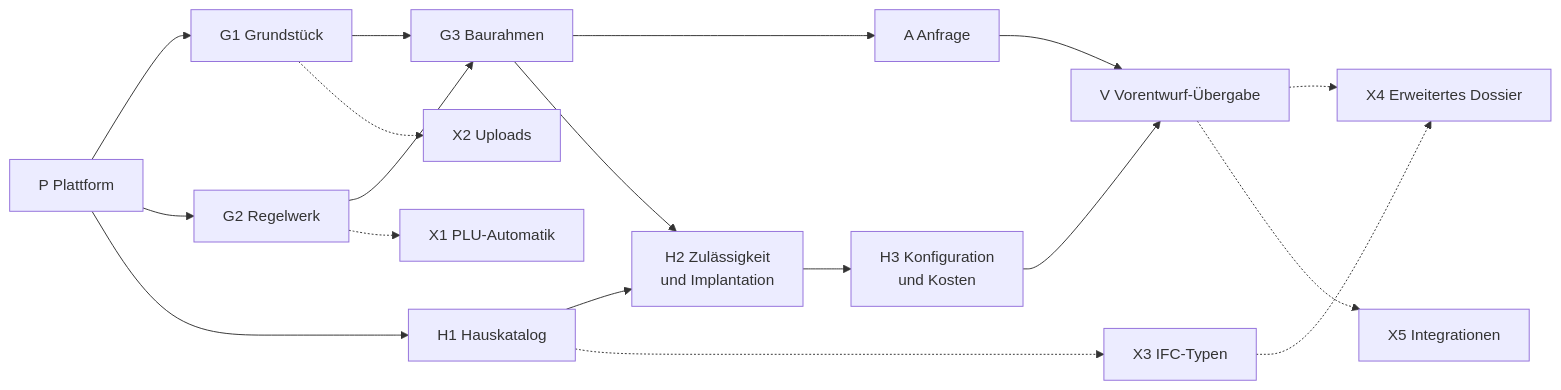
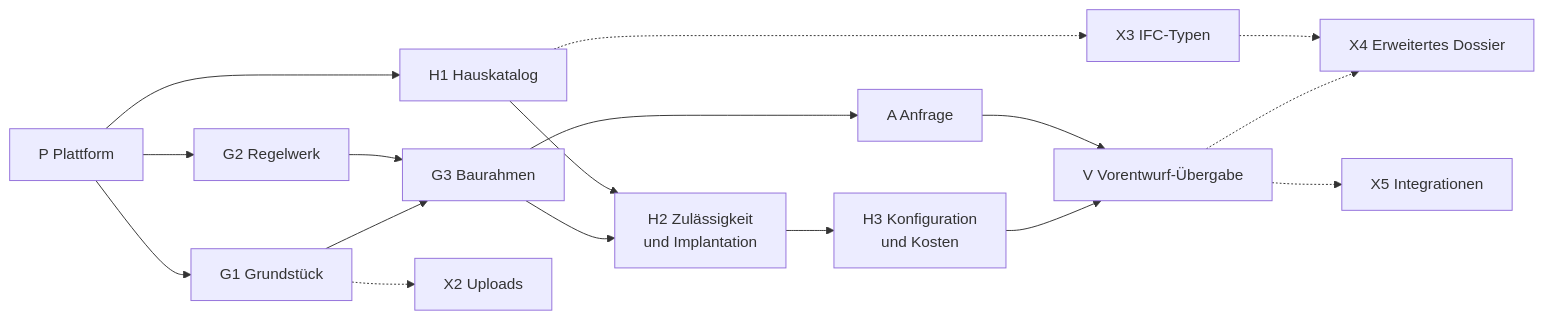
The first of 3 diagrams in UMSETZUNGSPLAN.md (DieDaddelecke/building-configurator), drawn with Mermaid before and after one commit. The commit also changed other lines of this file, not shown here.

````diff
--- a/UMSETZUNGSPLAN.md
+++ b/UMSETZUNGSPLAN.md
@@ -43,20 +44,19 @@
 ```mermaid
 flowchart LR
   P[P Plattform] --> G1[G1 Grundstück]
   P --> G2[G2 Regelwerk]
   G1 --> G3[G3 Baurahmen]
   G2 --> G3
   G3 --> A[A Anfrage]
   G3 --> H2[H2 Zulässigkeit<br/>und Implantation]
   P --> H1[H1 Hauskatalog]
   H1 --> H2
   H2 --> H3[H3 Konfiguration<br/>und Kosten]
   H3 --> V[V Vorentwurf-Übergabe]
   A --> V
-  G2 -.-> X1[X1 PLU-Automatik]
   G1 -.-> X2[X2 Uploads]
   H1 -.-> X3[X3 IFC-Typen]
   V -.-> X4[X4 Erweitertes Dossier]
   X3 -.-> X4
   V -.-> X5[X5 Integrationen]
 ```
````
